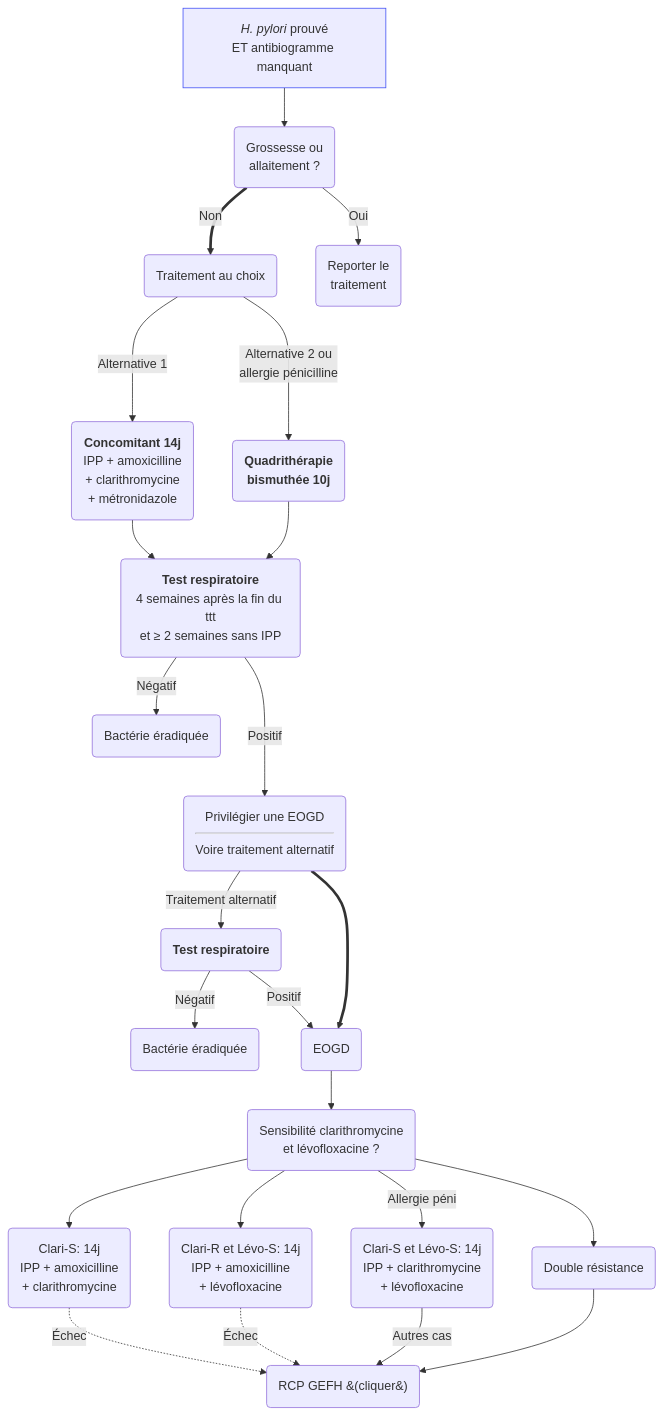
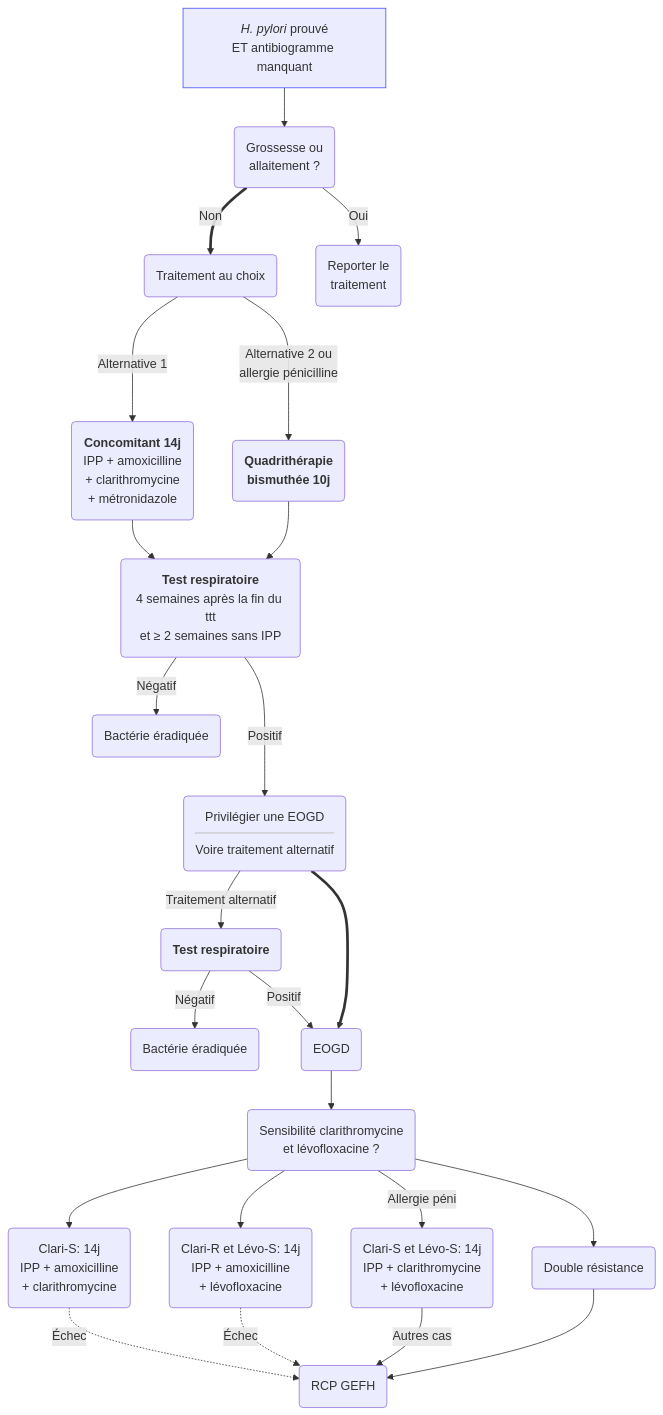
Before and after one commit to djibe/recommandations-medicales: the second of 2 diagrams in content/recommandations/helicobacter-pylori.md, drawn with Mermaid. The commit also changed 16 other files, not shown here.

```diff
--- a/content/recommandations/helicobacter-pylori.md
+++ b/content/recommandations/helicobacter-pylori.md
@@ -455,25 +455,25 @@
 {{< mermaid title="Conduite à tenir pour le traitement de Helicobacter pylori en l'absence d'antibiogramme. Dr JB Fron d'après GEFH 2021" >}}
 graph TB
   probabiliste["<em>H. pylori</em> prouvé<br>ET antibiogramme manquant"] --> grossesse(Grossesse ou<br>allaitement ?)
   style probabiliste stroke:#4150f5, stroke-width:1px
     grossesse == Non ==> choix(Traitement au choix)
       choix -- Alternative 1 ---> concomitant("<b>Concomitant 14j</b><br>IPP + amoxicilline<br>+ clarithromycine<br>+ métronidazole")
       concomitant --> controle("<b>Test respiratoire</b><br>4 semaines après la fin du ttt<br>et ≥ 2 semaines sans IPP")
       choix -- "Alternative 2 ou<br>allergie pénicilline" --> bismuth("<b>Quadrithérapie<br>bismuthée 10j</b>")
         bismuth --> controle
           controle -- Négatif --> ok(Bactérie éradiquée)
           controle -- Positif ---> switch(Privilégier une EOGD<hr>Voire traitement alternatif)
             switch -- Traitement alternatif --> surv("<b>Test respiratoire</b>")
               surv -- Négatif --> ok2(Bactérie éradiquée)
               surv -- Positif --> EOGD(EOGD)
             switch ==> EOGD --> seClaLevo(Sensibilité clarithromycine<br>et lévofloxacine ?)
               seClaLevo --> ClariS(Clari-S: 14j<br>IPP + amoxicilline<br>+ clarithromycine)
                 ClariS -. Échec .-> RCP
               seClaLevo --> ClariRLevoS(Clari-R et Lévo-S: 14j<br>IPP + amoxicilline<br>+ lévofloxacine)
                 ClariRLevoS -. Échec .-> RCP
               seClaLevo --> ClariRLevoR(Double résistance)
               seClaLevo -- Allergie péni --> allergie(Clari-S et Lévo-S: 14j<br>IPP + clarithromycine<br>+ lévofloxacine)
                 allergie -- Autres cas --> RCP
-                ClariRLevoR --> RCP("RCP GEFH &#40;cliquer&#41;")
+                ClariRLevoR --> RCP(RCP GEFH)
     grossesse -- Oui --> reporter("Reporter le<br>traitement")
 {{< /mermaid >}}
```
